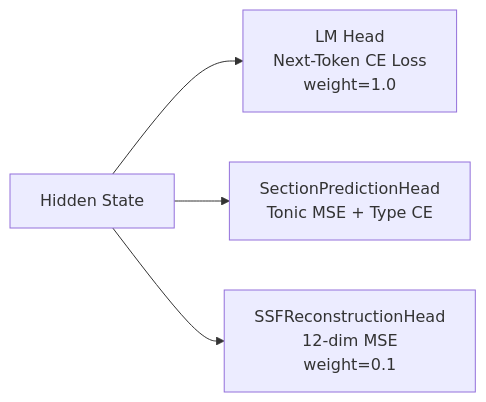
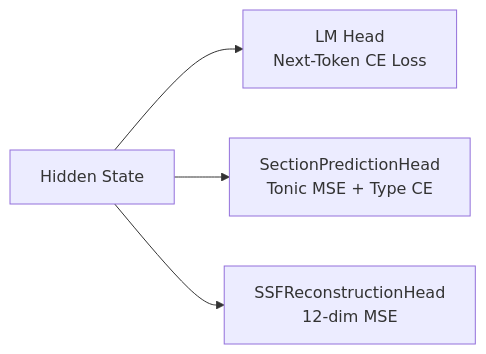
The sixth of 12 diagrams in README.md (Derancarls/Chopinote-AI), drawn with Mermaid before and after one commit. The commit also changed other lines of this file, not shown here.

Commit message:
v0.3.3-pre2: fix Mermaid syntax, remove LMDB/data-pipeline from README

````diff
--- a/README.md
+++ b/README.md
@@ -271,6 +253,6 @@
 ```mermaid
 flowchart LR
-    HIDDEN[Hidden State] --> LM[LM Head<br/>Next-Token CE Loss<br/>weight=1.0]
-    HIDDEN --> SEC[SectionPredictionHead<br/>Tonic MSE + Type CE]
-    HIDDEN --> SSF[SSFReconstructionHead<br/>12-dim MSE<br/>weight=0.1]
+    HIDDEN["Hidden State"] --> LM["LM Head<br/>Next-Token CE Loss"]
+    HIDDEN --> SEC["SectionPredictionHead<br/>Tonic MSE + Type CE"]
+    HIDDEN --> SSF["SSFReconstructionHead<br/>12-dim MSE"]
 ```
````
